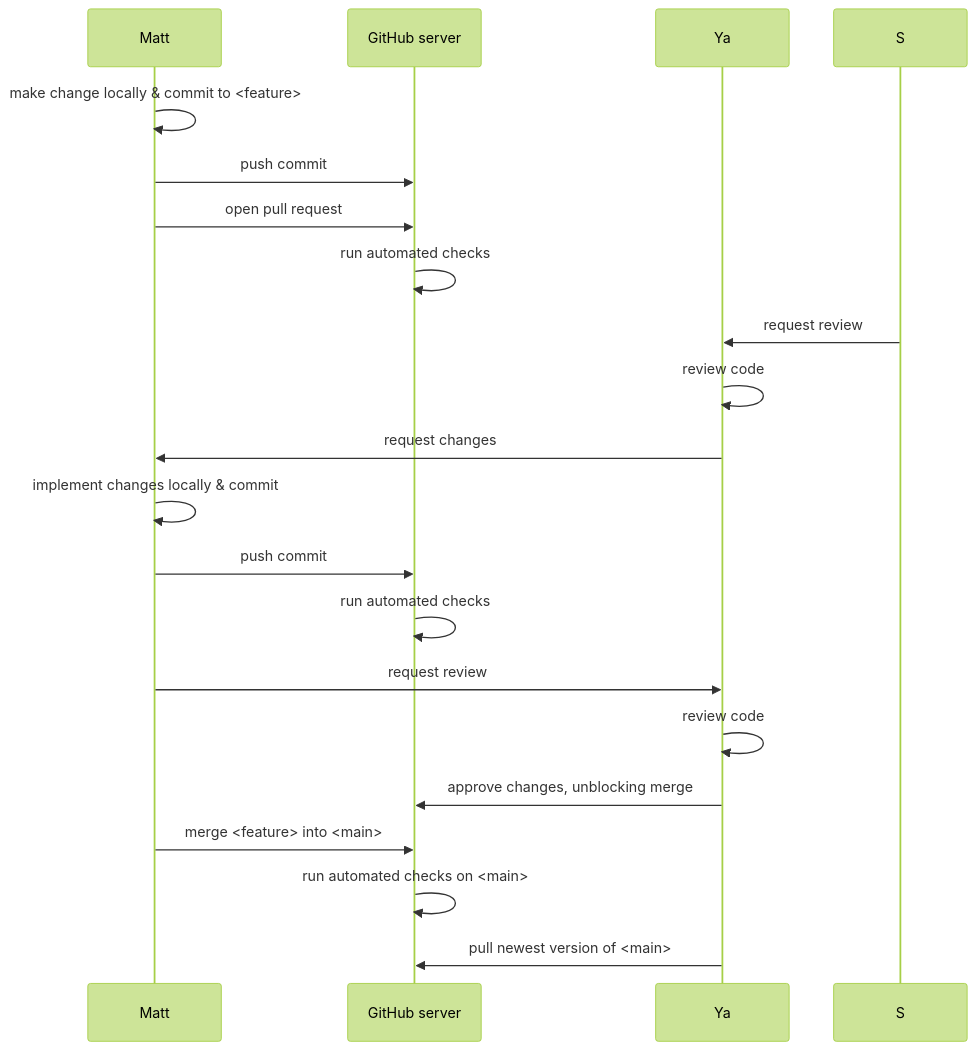
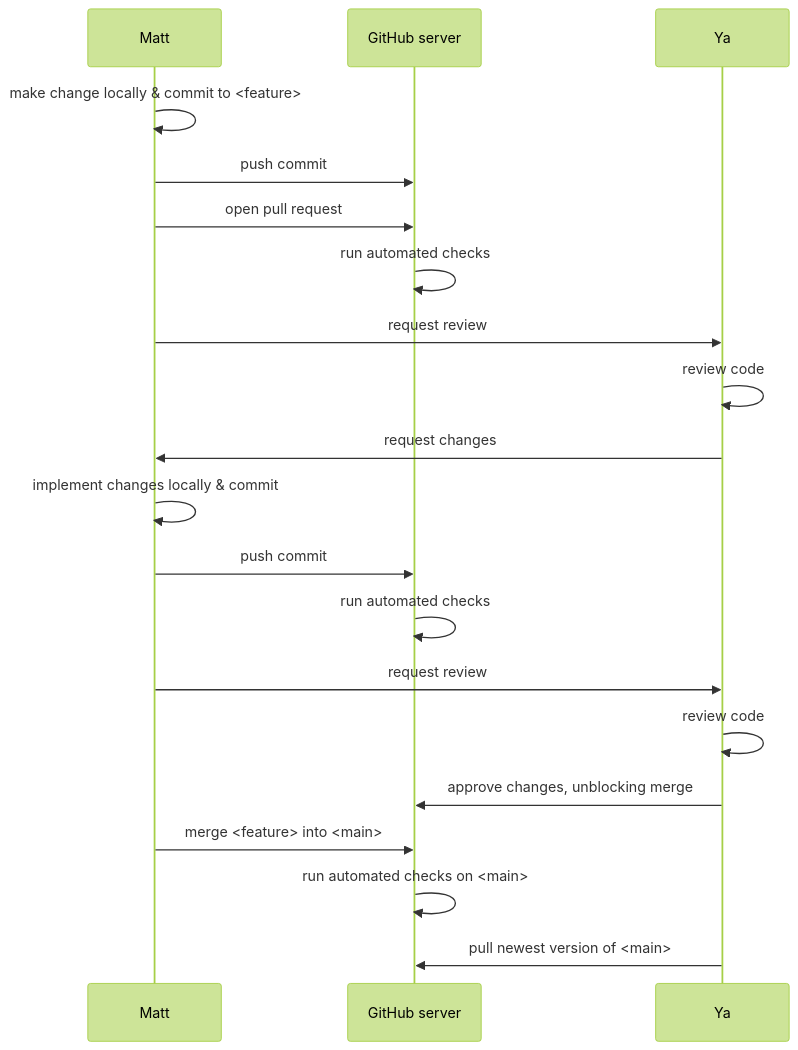
The sixth of 6 diagrams in slides/05_collaboration.qmd (openpharma/workshop-r-swe-sf), drawn with Mermaid (forest theme) before and after one commit. The commit also changed other lines of this file, not shown here.

````diff
--- a/slides/05_collaboration.qmd
+++ b/slides/05_collaboration.qmd
@@ -318,22 +311,22 @@
 ```{mermaid}
 sequenceDiagram
     participant M as Matt
     participant GH as GitHub server
     participant Y as Ya
     M->>M: make change locally & commit to <feature>
     M->>GH: push commit
     M->>GH: open pull request
     GH->>GH: run automated checks
-    S->>Y: request review
+    M->>Y: request review
     Y->>Y: review code
     Y->>M: request changes
     M->>M: implement changes locally & commit
     M->>GH: push commit
     GH->>GH: run automated checks
     M->>Y: request review
     Y->>Y: review code
     Y->>GH: approve changes, unblocking merge
     M->>GH: merge <feature> into <main>
     GH->>GH: run automated checks on <main>
     Y->>GH: pull newest version of <main>
 ```
````
